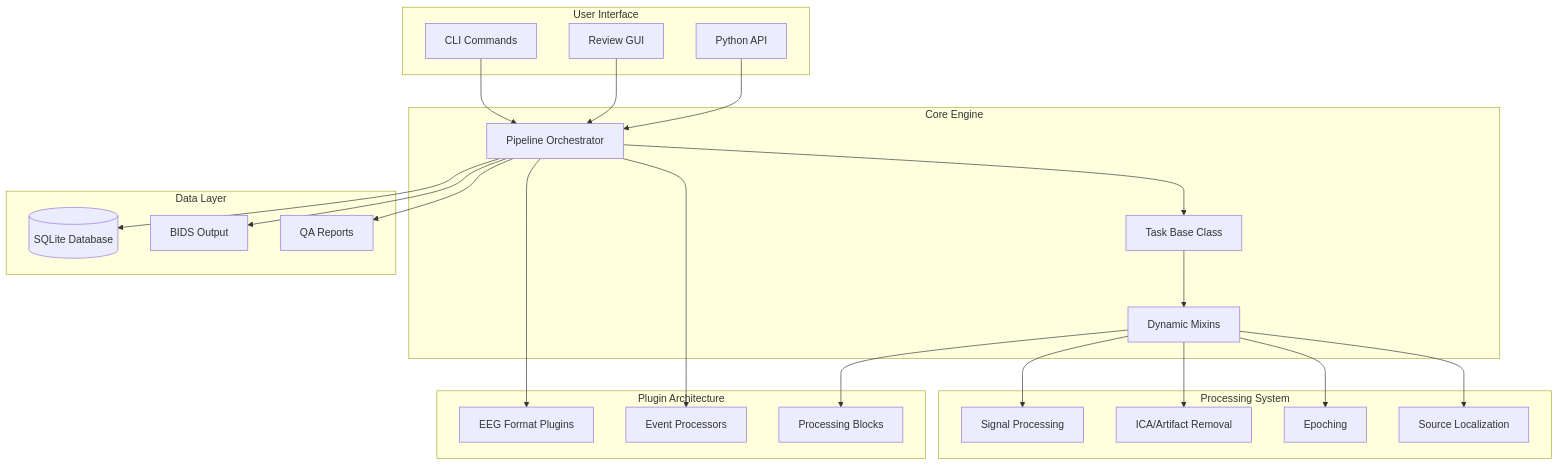
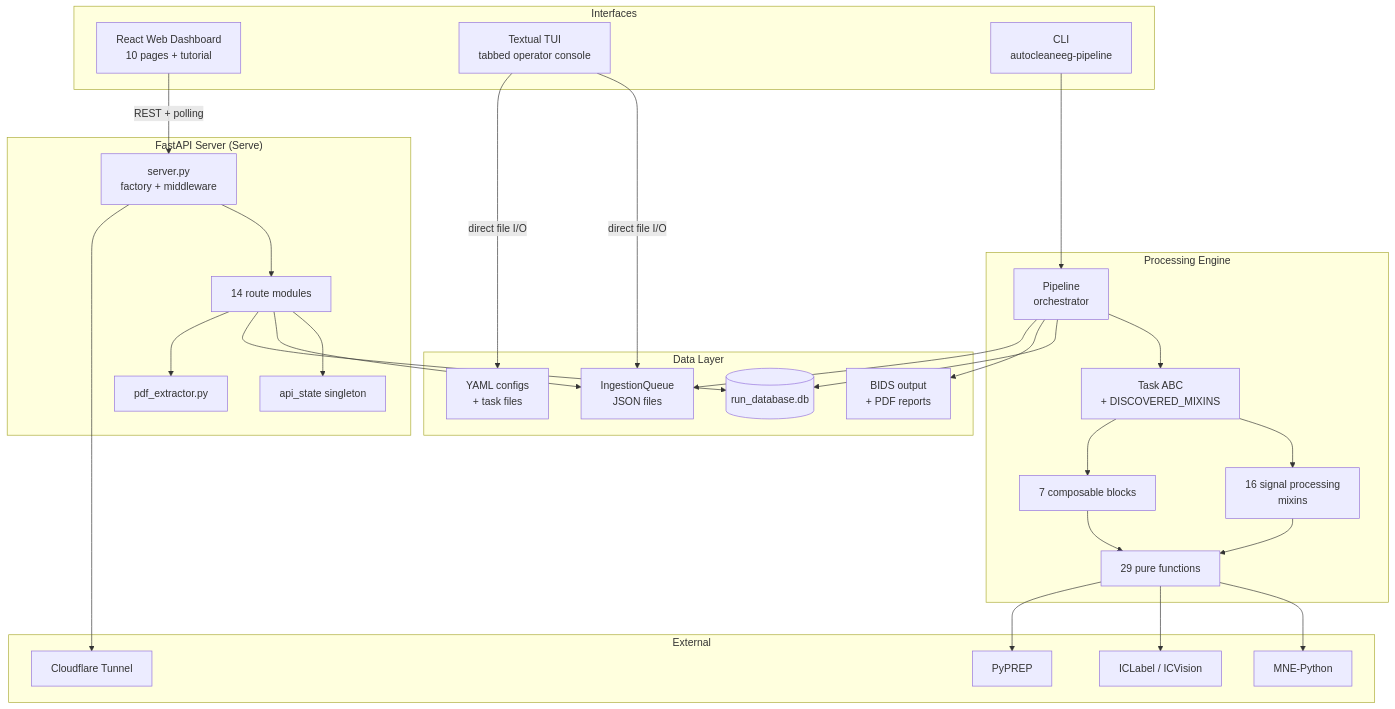
One commit to cincibrainlab/autocleaneeg_pipeline changed the first of 3 diagrams in docs/CODEBASE_MAP.md. Above: the diagram before and after it, drawn with Mermaid. The commit also changed other lines of this file and 12 other files, not shown here.

````diff
--- a/docs/CODEBASE_MAP.md
+++ b/docs/CODEBASE_MAP.md
@@ -13,49 +13,64 @@
 ```mermaid
 graph TB
-    subgraph User["User Interface"]
-        CLI[CLI Commands]
-        GUI[Review GUI]
-        API[Python API]
+    subgraph Interfaces
+        WebUI[React Web Dashboard<br/>10 pages + tutorial]
+        TUI[Textual TUI<br/>tabbed operator console]
+        CLI[CLI<br/>autocleaneeg-pipeline]
     end
 
-    subgraph Core["Core Engine"]
-        Pipeline[Pipeline Orchestrator]
-        Task[Task Base Class]
-        Mixins[Dynamic Mixins]
+    subgraph API["FastAPI Server (Serve)"]
+        Server[server.py<br/>factory + middleware]
+        Routes[14 route modules]
+        State[api_state singleton]
+        PDF[pdf_extractor.py]
     end
 
-    subgraph Processing["Processing System"]
-        SP[Signal Processing]
-        ICA[ICA/Artifact Removal]
-        Epoch[Epoching]
-        Source[Source Localization]
-    end
-
-    subgraph Plugins["Plugin Architecture"]
-        EEGPlugins[EEG Format Plugins]
-        EventProc[Event Processors]
-        Blocks[Processing Blocks]
+    subgraph Engine["Processing Engine"]
+        Pipeline[Pipeline<br/>orchestrator]
+        Task[Task ABC<br/>+ DISCOVERED_MIXINS]
+        Mixins[16 signal processing<br/>mixins]
+        Blocks[7 composable blocks]
+        Functions[29 pure functions]
     end
 
     subgraph Data["Data Layer"]
-        DB[(SQLite Database)]
-        BIDS[BIDS Output]
-        Reports[QA Reports]
+        SQLite[(run_database.db)]
+        Queue[IngestionQueue<br/>JSON files]
+        BIDS[BIDS output<br/>+ PDF reports]
+        Config[YAML configs<br/>+ task files]
     end
 
+    subgraph External
+        MNE[MNE-Python]
+        ICLabel[ICLabel / ICVision]
+        PyPREP[PyPREP]
+        CF[Cloudflare Tunnel]
+    end
+
+    WebUI -->|REST + polling| Server
+    TUI -->|direct file I/O| Queue
+    TUI -->|direct file I/O| Config
     CLI --> Pipeline
-    GUI --> Pipeline
-    API --> Pipeline
+
+    Server --> Routes
+    Routes --> State
+    Routes --> Queue
+    Routes --> SQLite
+    Routes --> PDF
+
     Pipeline --> Task
     Task --> Mixins
-    Mixins --> SP
-    Mixins --> ICA
-    Mixins --> Epoch
-    Mixins --> Source
-    Pipeline --> EEGPlugins
-    Pipeline --> EventProc
-    Mixins --> Blocks
-    Pipeline --> DB
+    Task --> Blocks
+    Mixins --> Functions
+    Blocks --> Functions
+
+    Functions --> MNE
+    Functions --> ICLabel
+    Functions --> PyPREP
+
+    Pipeline --> SQLite
     Pipeline --> BIDS
-    Pipeline --> Reports
+    Pipeline --> Queue
+
+    Server --> CF
 ```
````
